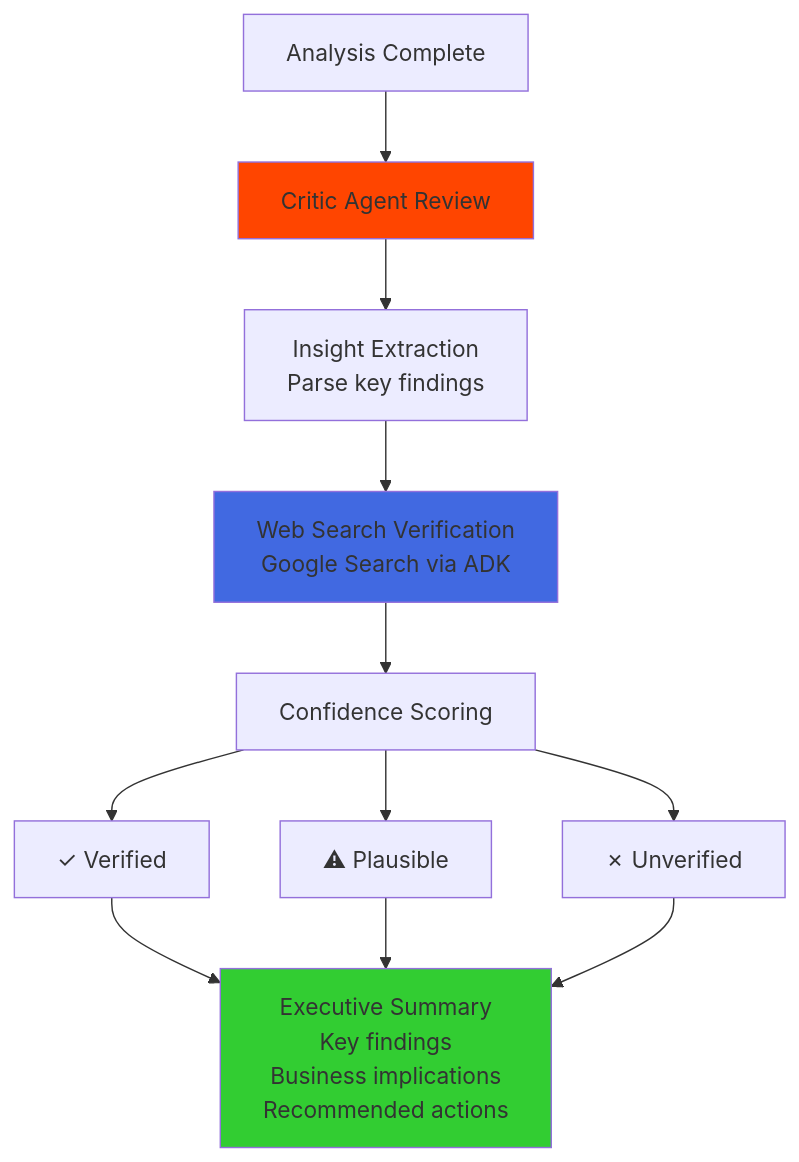
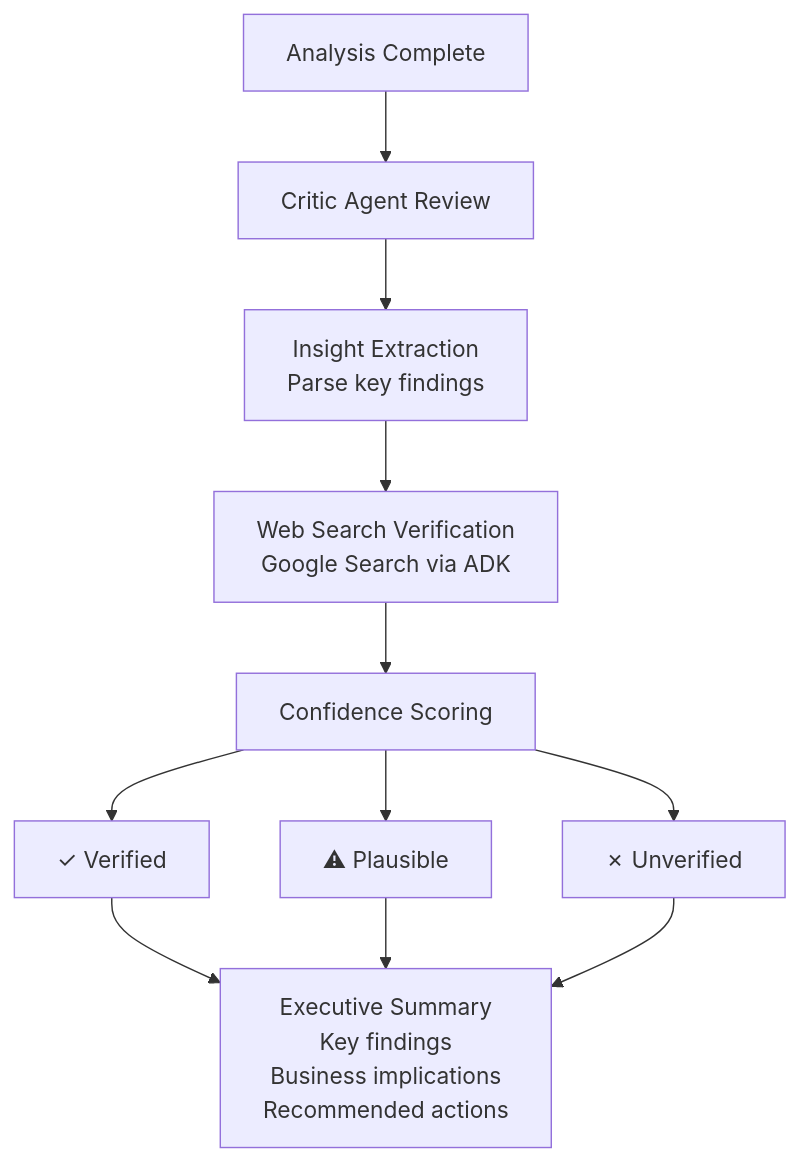
One commit to Vijay-Kiran-R/Data-Guild changed the sixth of 7 diagrams in README.md. Above: the diagram before and after it, drawn with Mermaid. The commit also changed other lines of this file, not shown here.

````diff
--- a/README.md
+++ b/README.md
@@ -258,15 +245,12 @@
 ```mermaid
 flowchart TD
     A[Analysis Complete] --> B[Critic Agent Review]
     B --> C[Insight Extraction<br/>Parse key findings]
     C --> D[Web Search Verification<br/>Google Search via ADK]
     D --> E[Confidence Scoring]
     E --> F[✓ Verified]
     E --> G[⚠ Plausible]
     E --> H[✗ Unverified]
     F & G & H --> I[Executive Summary<br/>Key findings<br/>Business implications<br/>Recommended actions]
     
-    style B fill:#FF4500
-    style D fill:#4169E1
-    style I fill:#32CD32
 ```
````
